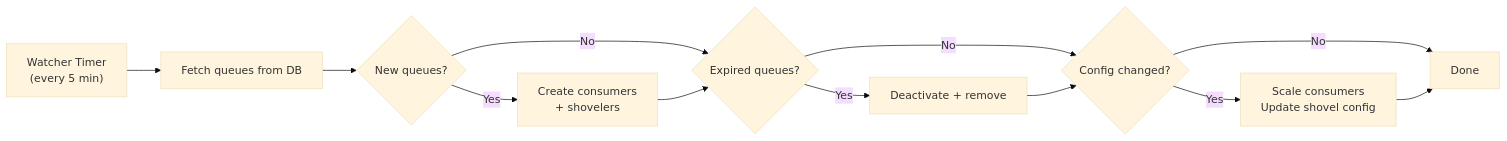
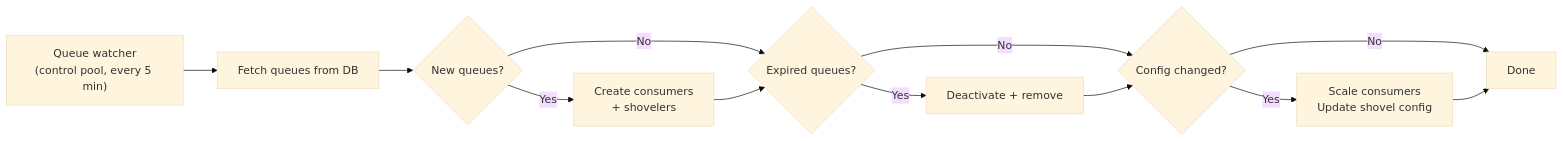
Before and after one commit to PhonePe/IgnisMQ: the sixth of 6 diagrams in docs/docs/core-concepts.md, drawn with Mermaid (base theme). The commit also changed other lines of this file and 39 other files, not shown here.

````diff
--- a/docs/docs/core-concepts.md
+++ b/docs/docs/core-concepts.md
@@ -300,14 +334,14 @@
 ```mermaid
 flowchart LR
-    Timer["Watcher Timer<br/>(every 5 min)"] --> Fetch["Fetch queues from DB"]
+    Timer["Queue watcher<br/>(control pool, every 5 min)"] --> Fetch["Fetch queues from DB"]
     Fetch --> New{"New queues?"}
     New -->|Yes| Create["Create consumers<br/>+ shovelers"]
     New -->|No| Expired{"Expired queues?"}
     Create --> Expired
     Expired -->|Yes| Deactivate["Deactivate + remove"]
     Expired -->|No| Changed{"Config changed?"}
     Deactivate --> Changed
     Changed -->|Yes| Reconcile["Scale consumers<br/>Update shovel config"]
     Changed -->|No| Done["Done"]
     Reconcile --> Done
 ```
````
